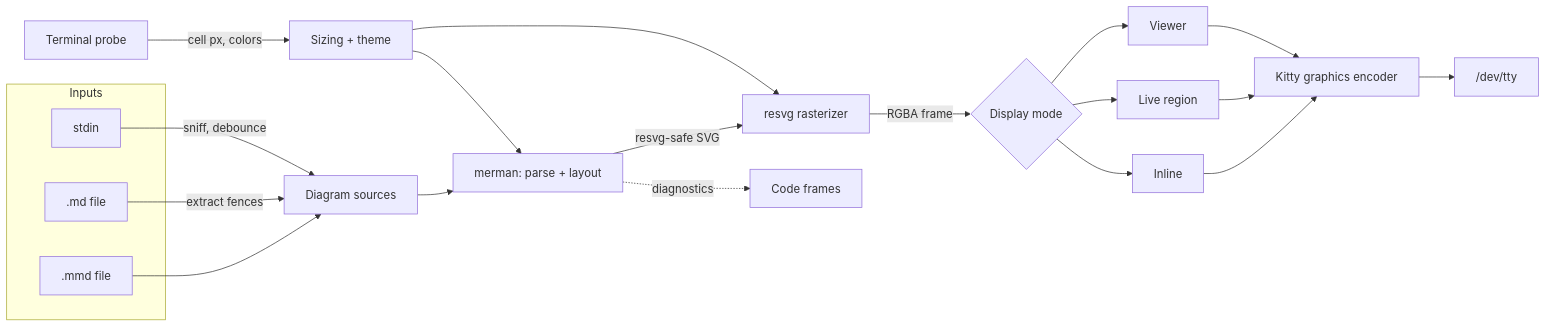
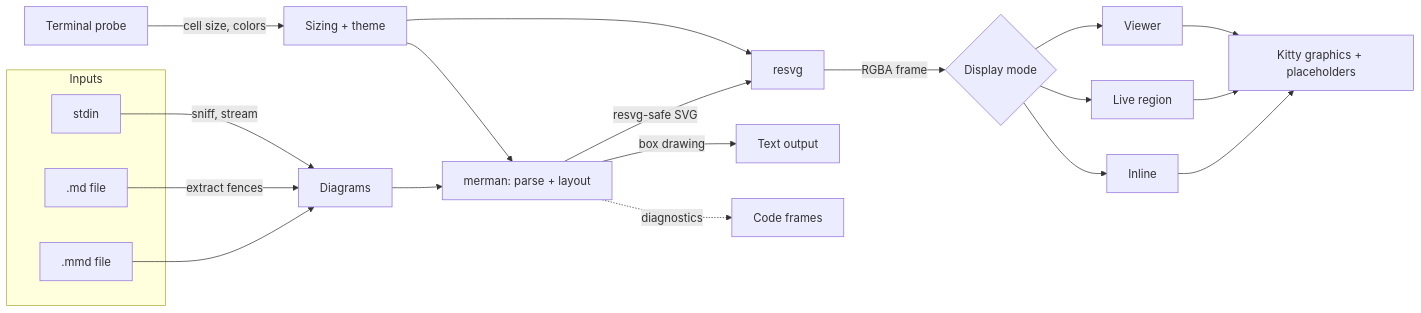
One commit to robdberry/mer changed the diagram in DESIGN.md. Above: the diagram before and after it, drawn with Mermaid. The commit also changed other lines of this file, not shown here.

````diff
--- a/DESIGN.md
+++ b/DESIGN.md
@@ -83,23 +20,23 @@
 ```mermaid
 flowchart LR
     subgraph inputs [Inputs]
         FILE[".mmd file"]
         MD[".md file"]
         STDIN["stdin"]
     end
     FILE --> SRC
     MD -->|extract fences| SRC
-    STDIN -->|sniff, debounce| SRC
-    SRC["Diagram sources"] --> ENGINE["merman: parse + layout"]
-    PROBE["Terminal probe"] -->|cell px, colors| PLAN["Sizing + theme"]
+    STDIN -->|sniff, stream| SRC
+    SRC["Diagrams"] --> ENGINE["merman: parse + layout"]
+    PROBE["Terminal probe"] -->|cell size, colors| PLAN["Sizing + theme"]
     PLAN --> ENGINE
-    ENGINE -->|resvg-safe SVG| RASTER["resvg rasterizer"]
+    ENGINE -->|resvg-safe SVG| RASTER["resvg"]
+    ENGINE -->|box drawing| TEXT["Text output"]
     ENGINE -.->|diagnostics| DIAG["Code frames"]
     PLAN --> RASTER
     RASTER -->|RGBA frame| MODES{"Display mode"}
     MODES --> INLINE["Inline"]
     MODES --> LIVE["Live region"]
     MODES --> VIEWER["Viewer"]
-    INLINE & LIVE & VIEWER --> KITTY["Kitty graphics encoder"]
-    KITTY --> TTY["/dev/tty"]
+    INLINE & LIVE & VIEWER --> KITTY["Kitty graphics + placeholders"]
 ```
````
